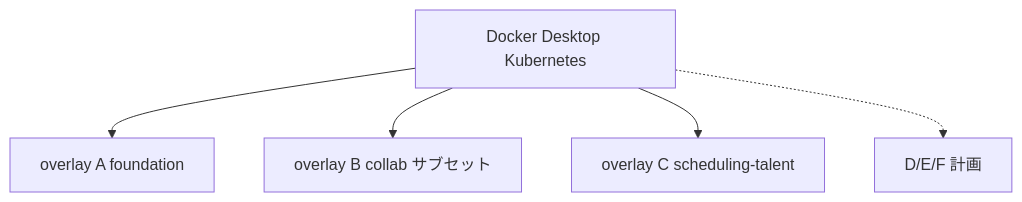
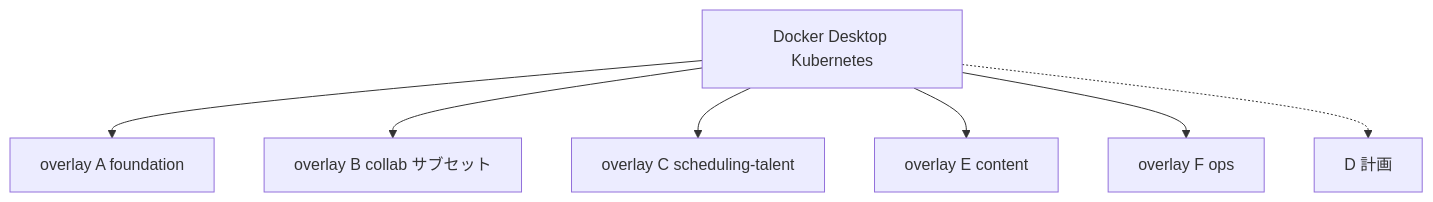
Before and after one commit to maeplego/portfolio-plan: the third of 4 diagrams in portfolio-plan/cloud-platform/docs/06-diagrams.md, drawn with Mermaid. The commit also changed other lines of this file and 16 other files, not shown here.

````diff
--- a/portfolio-plan/cloud-platform/docs/06-diagrams.md
+++ b/portfolio-plan/cloud-platform/docs/06-diagrams.md
@@ -52,8 +52,10 @@
 ```mermaid
 flowchart TB
   DD[Docker Desktop Kubernetes]
   DD --> A[overlay A foundation]
   DD --> B[overlay B collab サブセット]
   DD --> C[overlay C scheduling-talent]
-  DD -.-> D[D/E/F 計画]
+  DD --> E[overlay E content]
+  DD --> F[overlay F ops]
+  DD -.-> D[D 計画]
 ```
````
